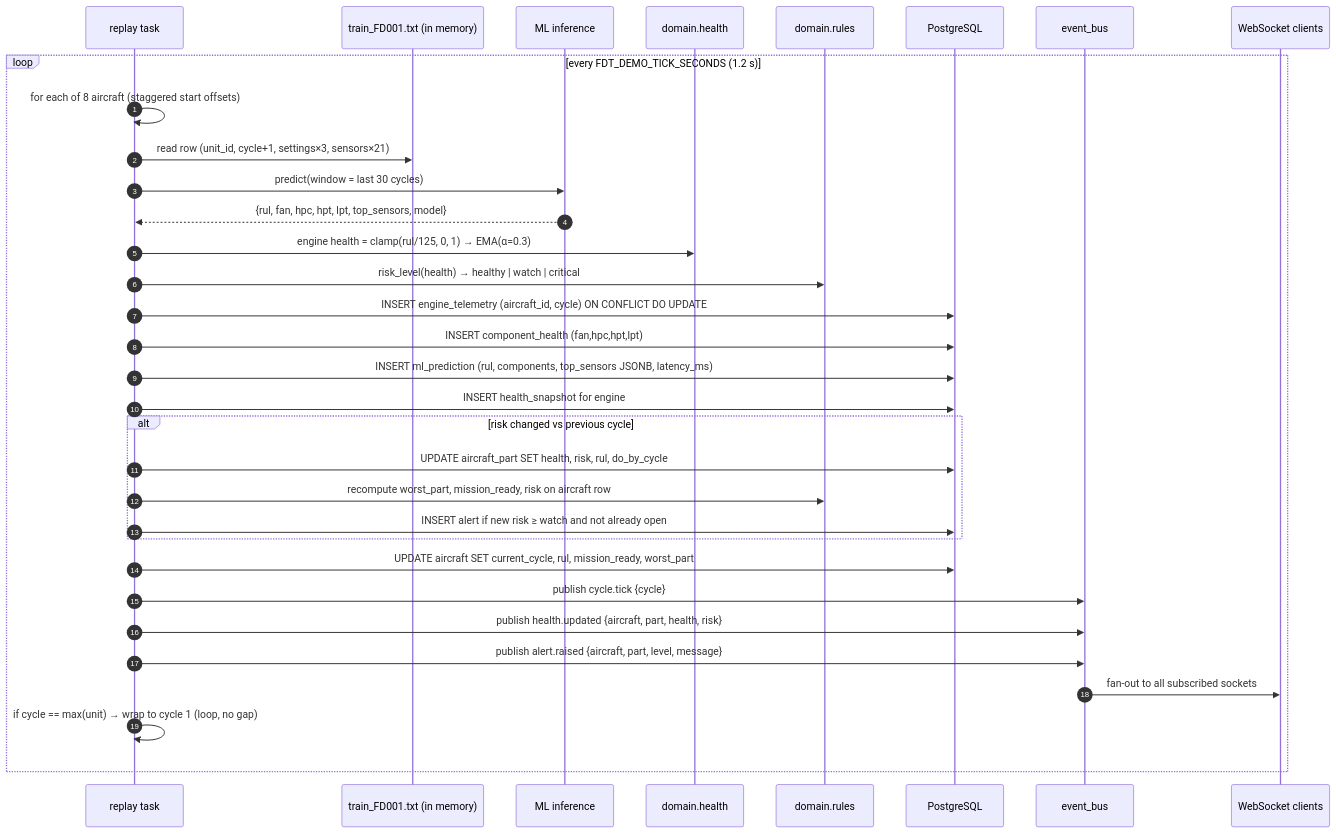
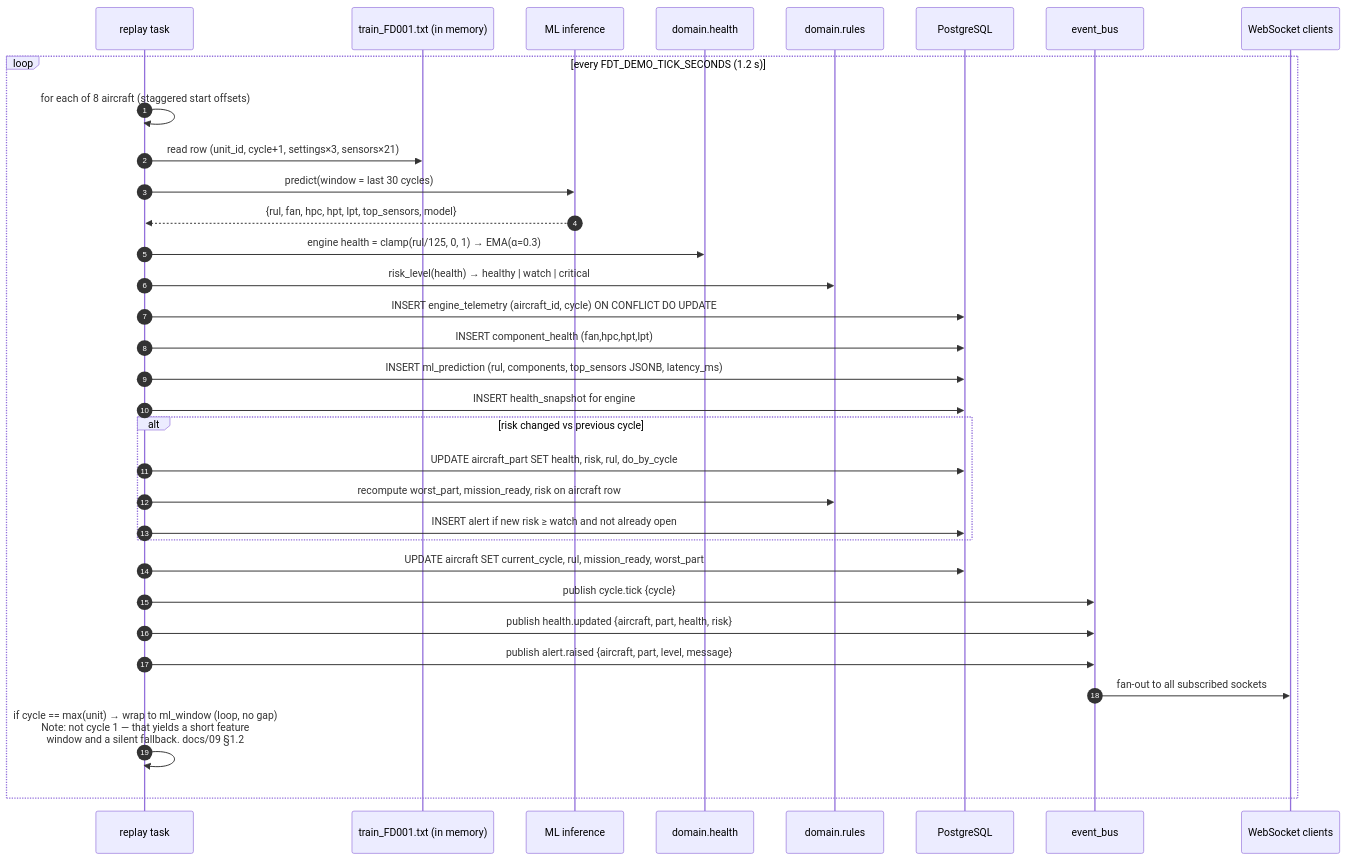
One commit to SamruddhiMahajan1/predictive-aircraft-maintenance changed the fourth of 11 diagrams in docs/03-system-flow-diagrams.md. Above: the diagram before and after it, drawn with Mermaid. The commit also changed 39 other files, not shown here.

````diff
--- a/docs/03-system-flow-diagrams.md
+++ b/docs/03-system-flow-diagrams.md
@@ -177,36 +177,36 @@
 ```mermaid
 sequenceDiagram
     autonumber
     participant T as replay task
     participant FS as train_FD001.txt (in memory)
     participant INF as ML inference
     participant H as domain.health
     participant R as domain.rules
     participant PG as PostgreSQL
     participant BUS as event_bus
     participant WS as WebSocket clients
 
     loop every FDT_DEMO_TICK_SECONDS (1.2 s)
         T->>T: for each of 8 aircraft (staggered start offsets)
         T->>FS: read row (unit_id, cycle+1, settings×3, sensors×21)
         T->>INF: predict(window = last 30 cycles)
         INF-->>T: {rul, fan, hpc, hpt, lpt, top_sensors, model}
         T->>H: engine health = clamp(rul/125, 0, 1) → EMA(α=0.3)
         T->>R: risk_level(health)  → healthy | watch | critical
         T->>PG: INSERT engine_telemetry (aircraft_id, cycle) ON CONFLICT DO UPDATE
         T->>PG: INSERT component_health (fan,hpc,hpt,lpt)
         T->>PG: INSERT ml_prediction (rul, components, top_sensors JSONB, latency_ms)
         T->>PG: INSERT health_snapshot for engine
         alt risk changed vs previous cycle
             T->>PG: UPDATE aircraft_part SET health, risk, rul, do_by_cycle
             T->>R: recompute worst_part, mission_ready, risk on aircraft row
             T->>PG: INSERT alert if new risk ≥ watch and not already open
         end
         T->>PG: UPDATE aircraft SET current_cycle, rul, mission_ready, worst_part
         T->>BUS: publish cycle.tick   {cycle}
         T->>BUS: publish health.updated {aircraft, part, health, risk}
         T->>BUS: publish alert.raised  {aircraft, part, level, message}
         BUS->>WS: fan-out to all subscribed sockets
-        T->>T: if cycle == max(unit) → wrap to cycle 1 (loop, no gap)
+        T->>T: if cycle == max(unit) → wrap to ml_window (loop, no gap)<br/>Note: not cycle 1 — that yields a short feature<br/>window and a silent fallback. docs/09 §1.2
     end
 ```
````
